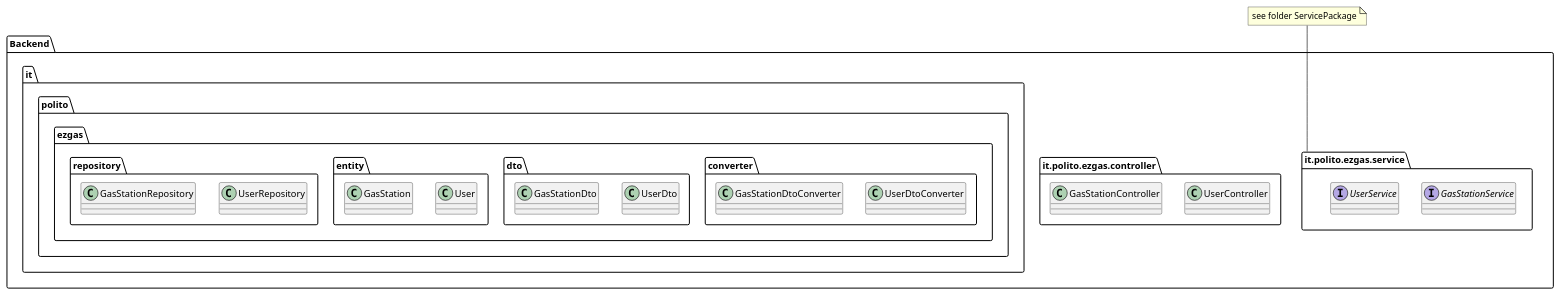
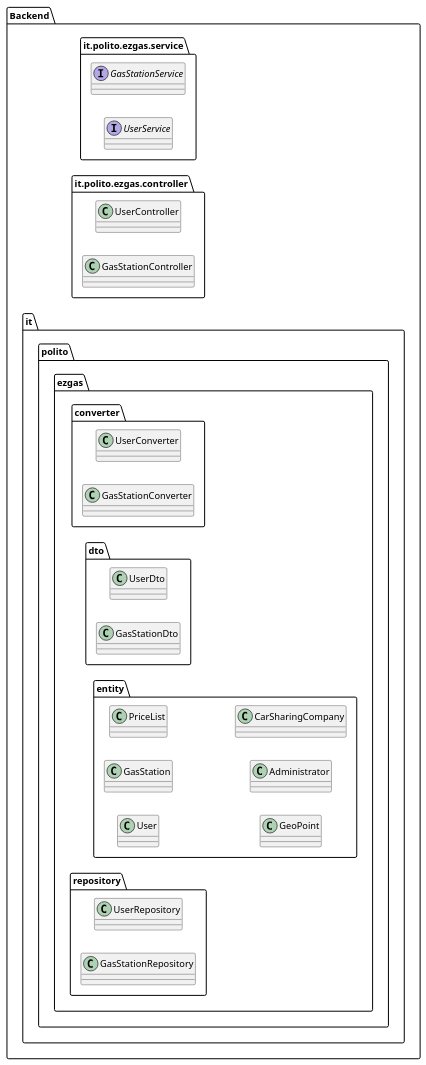
Before and after one commit to mosTavassoli/ezgas: the fourth of 4 diagrams in docs/DesignDocument.md, drawn with PlantUML. The commit also changed other lines of this file, not shown here.

Commit message:
docs(DesignDocument): add more classes to low level design and traceability matrix draft

````diff
--- a/docs/DesignDocument.md
+++ b/docs/DesignDocument.md
@@ -227,41 +227,43 @@
 ```plantuml
 @startuml
+left to right direction
 package "Backend" {
-
 package "it.polito.ezgas.service"  as ps {
    interface "GasStationService"
    interface "UserService"
-} 
+}
 
 
 package "it.polito.ezgas.controller" as pc{
    class "UserController"
    class "GasStationController"
 }
 
 package "it.polito.ezgas.converter" {
-   class "UserDtoConverter"
-   class "GasStationDtoConverter"
+   class "UserConverter"
+   class "GasStationConverter"
 }
 
 package "it.polito.ezgas.dto" {
    class "UserDto"
    class "GasStationDto"
 }
 
 package "it.polito.ezgas.entity" {
    class "User"
    class "GasStation"
+   class "PriceList"
+   class "GeoPoint"
+   class "Administrator"
+   class "CarSharingCompany"
 }
 
 package "it.polito.ezgas.repository" {
    class "UserRepository"
    class "GasStationRepository"
 }
 
-    
 }
-note "see folder ServicePackage" as n
-n -- ps
+
 @enduml
 ```
````
